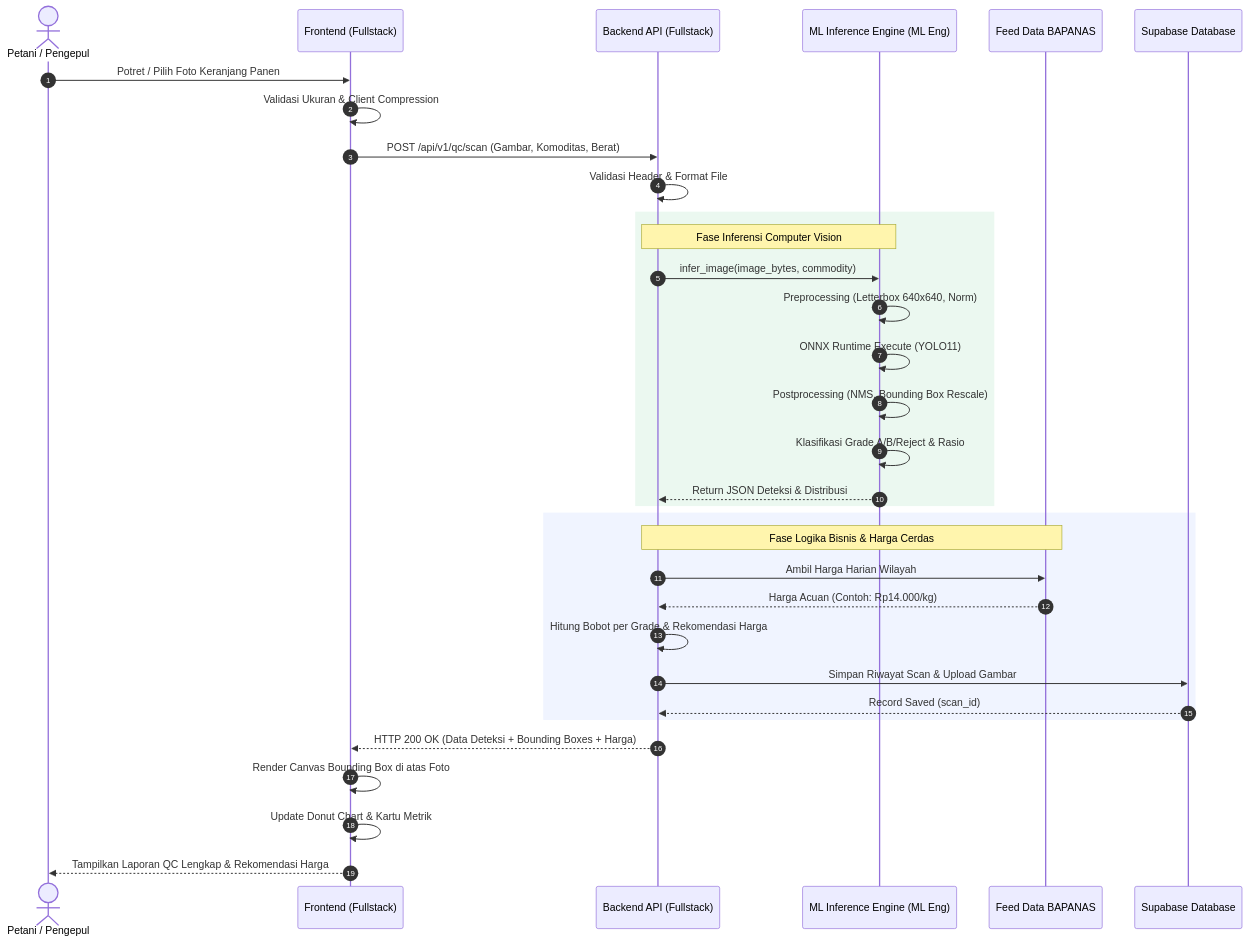
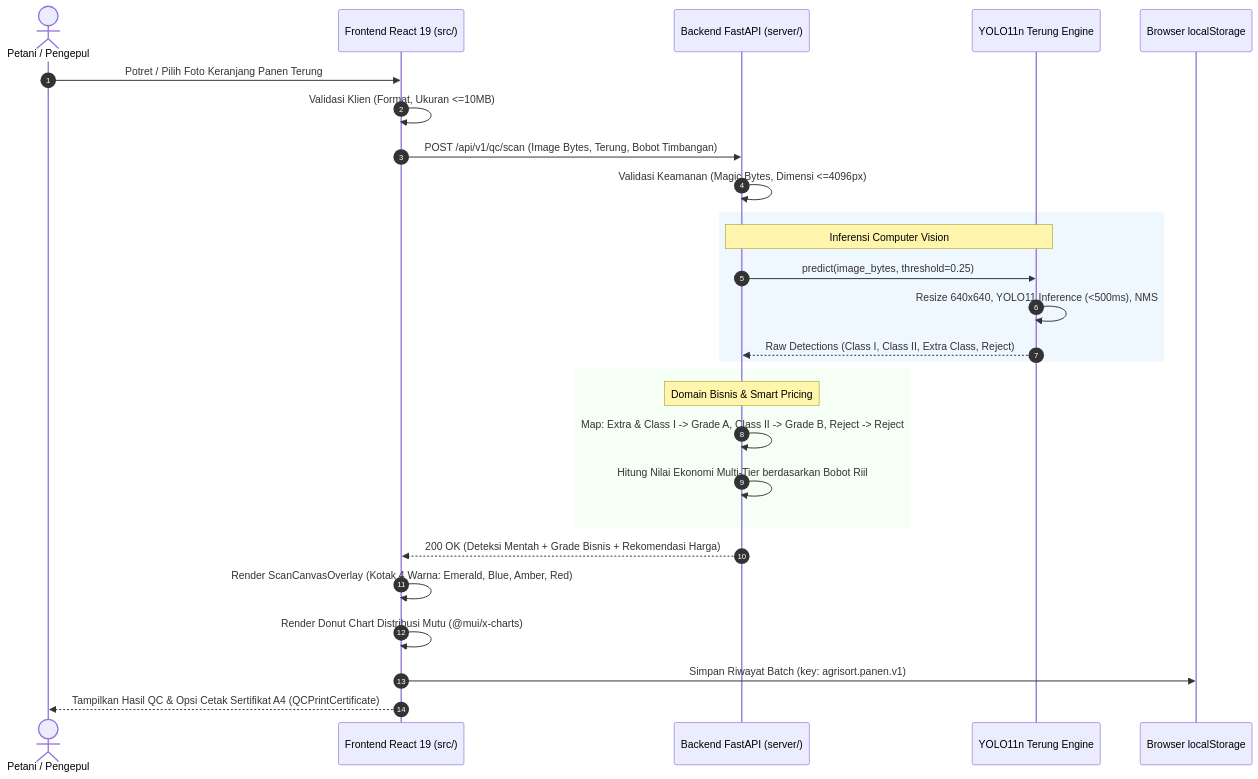
Before and after one commit to rizitakanashi-dev/steampreneur-agri-sort-ai: the diagram in docs/workflow.md, drawn with Mermaid. The commit also changed other lines of this file and 3 other files, not shown here.

````diff
--- a/docs/workflow.md
+++ b/docs/workflow.md
@@ -283,39 +147,33 @@
 ```mermaid
 sequenceDiagram
     autonumber
-    actor Pengguna as Petani / Pengepul
-    participant FE as Frontend (Fullstack)
-    participant BE as Backend API (Fullstack)
-    participant ML as ML Inference Engine (ML Eng)
-    participant BPN as Feed Data BAPANAS
-    participant DB as Supabase Database
+    actor User as Petani / Pengepul
+    participant FE as Frontend React 19 (src/)
+    participant BE as Backend FastAPI (server/)
+    participant ML as YOLO11n Terung Engine
+    participant DB as Browser localStorage
 
-    Pengguna->>FE: Potret / Pilih Foto Keranjang Panen
-    FE->>FE: Validasi Ukuran & Client Compression
-    FE->>BE: POST /api/v1/qc/scan (Gambar, Komoditas, Berat)
-    BE->>BE: Validasi Header & Format File
+    User->>FE: Potret / Pilih Foto Keranjang Panen Terung
+    FE->>FE: Validasi Klien (Format, Ukuran <=10MB)
+    FE->>BE: POST /api/v1/qc/scan (Image Bytes, Terung, Bobot Timbangan)
+    BE->>BE: Validasi Keamanan (Magic Bytes, Dimensi <=4096px)
     
-    rect rgb(235, 248, 240)
-    Note over BE,ML: Fase Inferensi Computer Vision
-    BE->>ML: infer_image(image_bytes, commodity)
-    ML->>ML: Preprocessing (Letterbox 640x640, Norm)
-    ML->>ML: ONNX Runtime Execute (YOLO11)
-    ML->>ML: Postprocessing (NMS, Bounding Box Rescale)
-    ML->>ML: Klasifikasi Grade A/B/Reject & Rasio
-    ML-->>BE: Return JSON Deteksi & Distribusi
+    rect rgb(240, 248, 255)
+    Note over BE,ML: Inferensi Computer Vision
+    BE->>ML: predict(image_bytes, threshold=0.25)
+    ML->>ML: Resize 640x640, YOLO11 Inference (<500ms), NMS
+    ML-->>BE: Raw Detections (Class I, Class II, Extra Class, Reject)
     end
 
-    rect rgb(240, 244, 255)
-    Note over BE,BPN: Fase Logika Bisnis & Harga Cerdas
-    BE->>BPN: Ambil Harga Harian Wilayah
-    BPN-->>BE: Harga Acuan (Contoh: Rp14.000/kg)
-    BE->>BE: Hitung Bobot per Grade & Rekomendasi Harga
-    BE->>DB: Simpan Riwayat Scan & Upload Gambar
-    DB-->>BE: Record Saved (scan_id)
+    rect rgb(245, 255, 245)
+    Note over BE: Domain Bisnis & Smart Pricing
+    BE->>BE: Map: Extra & Class I -> Grade A, Class II -> Grade B, Reject -> Reject
+    BE->>BE: Hitung Nilai Ekonomi Multi-Tier berdasarkan Bobot Riil
     end
 
-    BE-->>FE: HTTP 200 OK (Data Deteksi + Bounding Boxes + Harga)
-    FE->>FE: Render Canvas Bounding Box di atas Foto
-    FE->>FE: Update Donut Chart & Kartu Metrik
-    FE-->>Pengguna: Tampilkan Laporan QC Lengkap & Rekomendasi Harga
+    BE-->>FE: 200 OK (Deteksi Mentah + Grade Bisnis + Rekomendasi Harga)
+    FE->>FE: Render ScanCanvasOverlay (Kotak 4 Warna: Emerald, Blue, Amber, Red)
+    FE->>FE: Render Donut Chart Distribusi Mutu (@mui/x-charts)
+    FE->>DB: Simpan Riwayat Batch (key: agrisort.panen.v1)
+    FE-->>User: Tampilkan Hasil QC & Opsi Cetak Sertifikat A4 (QCPrintCertificate)
 ```
````
